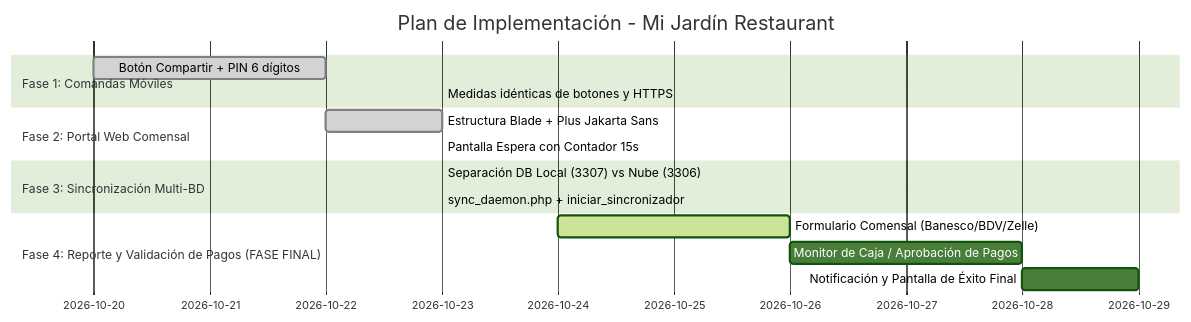
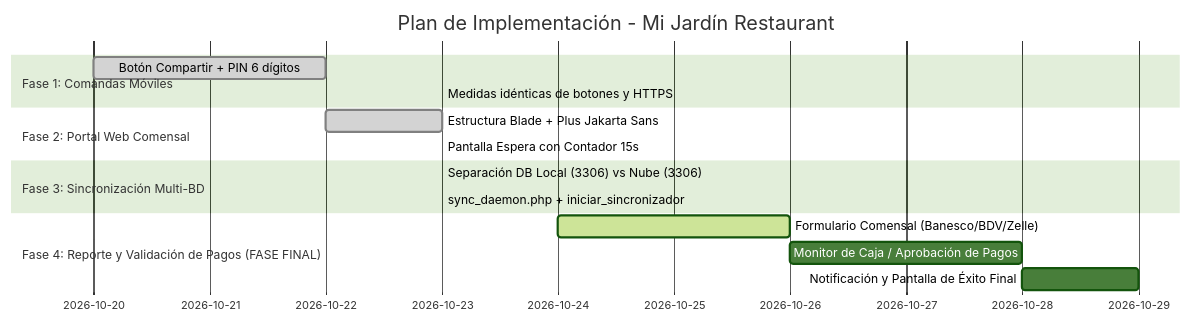
Before and after one commit to fjgroup/pskmovil: the third of 3 diagrams in docs/estudio_qr_pedidos_pagos.md, drawn with Mermaid (forest theme). The commit also changed other lines of this file and 21 other files, not shown here.

````diff
--- a/docs/estudio_qr_pedidos_pagos.md
+++ b/docs/estudio_qr_pedidos_pagos.md
@@ -207,18 +207,18 @@
 ```mermaid
 gantt
     title Plan de Implementación - Mi Jardín Restaurant
     dateFormat  YYYY-MM-DD
     section Fase 1: Comandas Móviles
     Botón Compartir + PIN 6 dígitos         :done, p1, 2026-10-20, 2026-10-22
     Medidas idénticas de botones y HTTPS     :done, p2, 2026-10-23, 2026-10-23
     section Fase 2: Portal Web Comensal
     Estructura Blade + Plus Jakarta Sans    :done, p3, 2026-10-22, 2026-10-23
     Pantalla Espera con Contador 15s        :done, p4, 2026-10-23, 2026-10-23
     section Fase 3: Sincronización Multi-BD
-    Separación DB Local (3307) vs Nube (3306):done, p5, 2026-10-23, 2026-10-23
+    Separación DB Local (3306) vs Nube (3306):done, p5, 2026-10-23, 2026-10-23
     sync_daemon.php + iniciar_sincronizador :done, p6, 2026-10-23, 2026-10-23
     section Fase 4: Reporte y Validación de Pagos (FASE FINAL)
     Formulario Comensal (Banesco/BDV/Zelle) :active, p7, 2026-10-24, 2d
     Monitor de Caja / Aprobación de Pagos   :p8, after p7, 2d
     Notificación y Pantalla de Éxito Final  :p9, after p8, 1d
 ```
````
